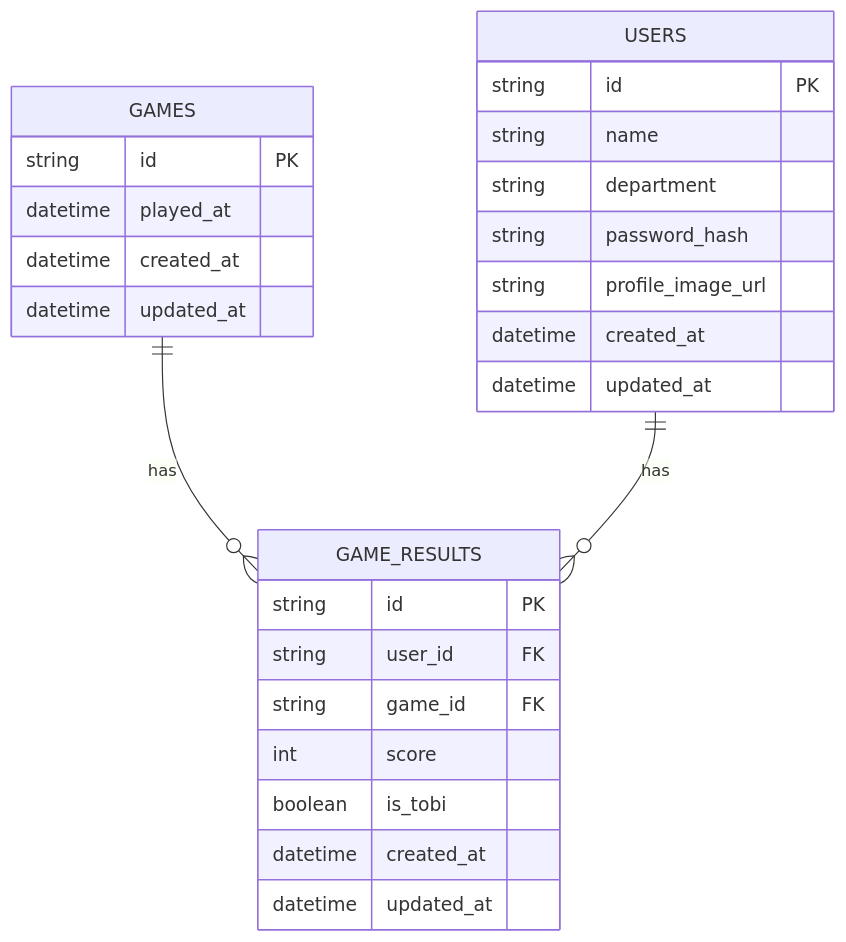
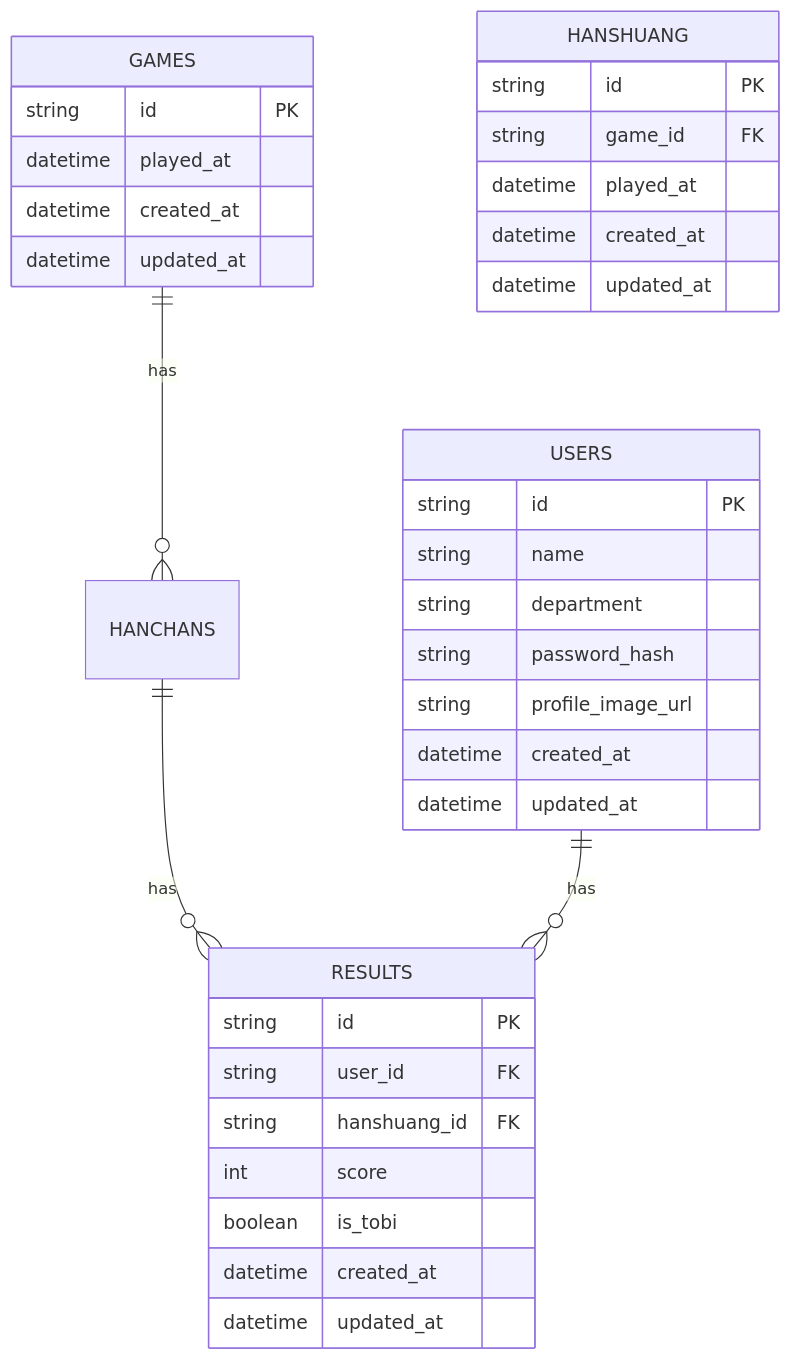
The second of 2 diagrams in GEMINI.md (kaneko1117/takumakai), drawn with Mermaid before and after one commit. The commit also changed 13 other files, not shown here.

````diff
--- a/GEMINI.md
+++ b/GEMINI.md
@@ -178,33 +178,41 @@
 ```mermaid
 erDiagram
-    GAMES ||--o{ GAME_RESULTS : "has"
-    USERS ||--o{ GAME_RESULTS : "has"
+    GAMES ||--o{ HANCHANS : "has"
+    HANCHANS ||--o{ RESULTS : "has"
+    USERS ||--o{ RESULTS : "has"
 
     USERS {
         string id PK
         string name
         string department
         string password_hash
         string profile_image_url
         datetime created_at
         datetime updated_at
     }
 
     GAMES {
         string id PK
         datetime played_at
         datetime created_at
         datetime updated_at
     }
 
-    GAME_RESULTS {
+    HANSHUANG {
+        string id PK
+        string game_id FK
+        datetime played_at
+        datetime created_at
+        datetime updated_at
+    }
+
+    RESULTS {
         string id PK
         string user_id FK
-        string game_id FK
+        string hanshuang_id FK
         int score
         boolean is_tobi
         datetime created_at
         datetime updated_at
     }
-
 ```
````
